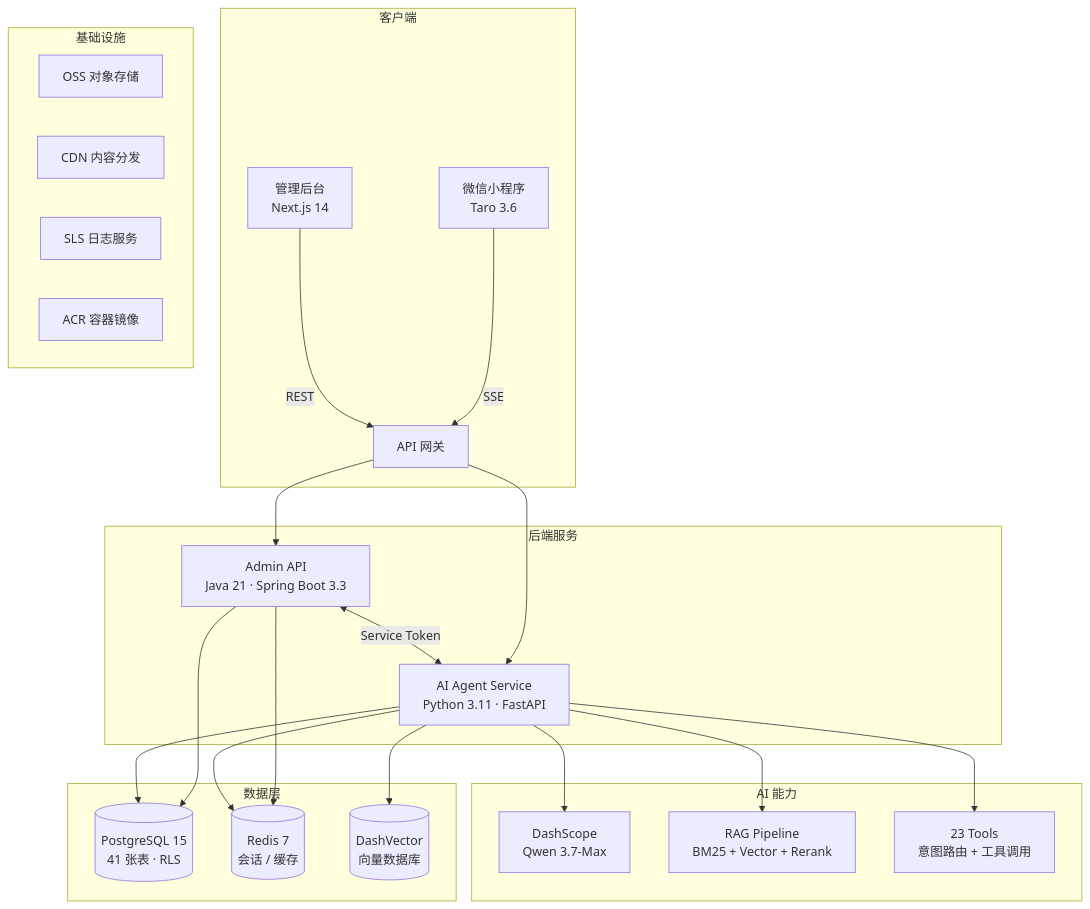
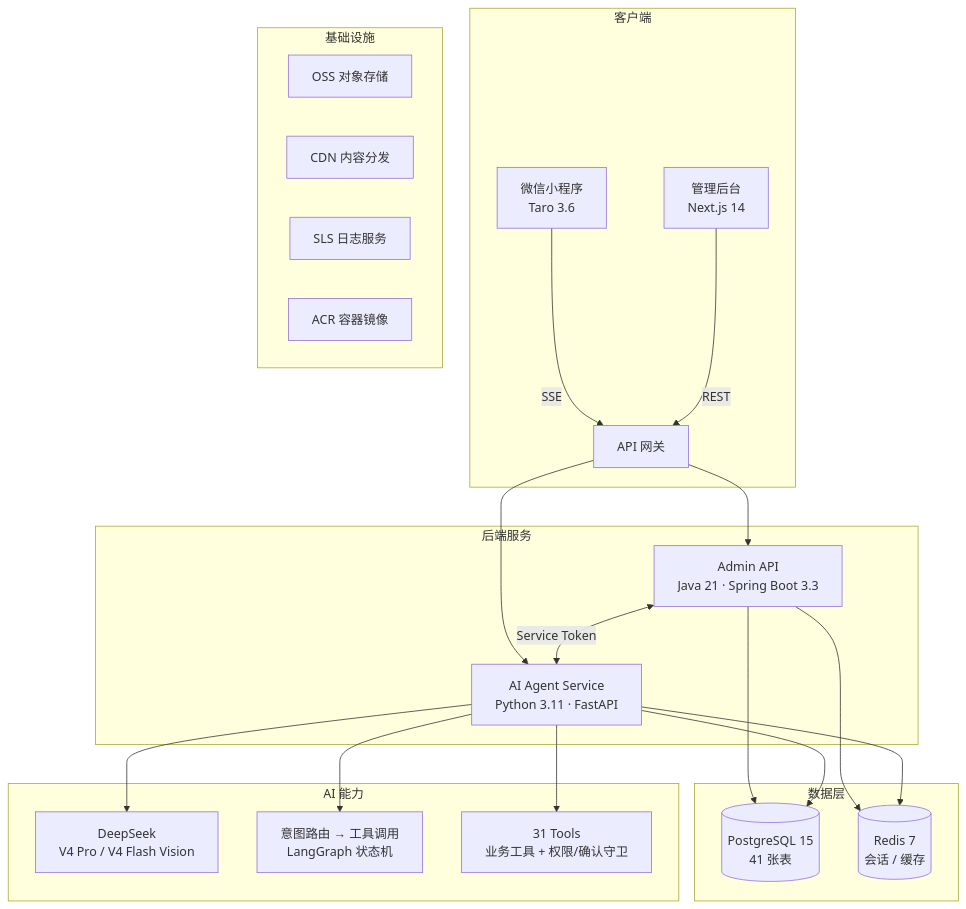
One commit to zhaokai-mgzn/migao changed the diagram in README.md. Above: the diagram before and after it, drawn with Mermaid. The commit also changed other lines of this file and 2 other files, not shown here.

````diff
--- a/README.md
+++ b/README.md
@@ -18,34 +22,33 @@
 ```mermaid
 graph TB
     subgraph 客户端
         A[微信小程序<br/>Taro 3.6] --> |SSE| GW[API 网关]
         B[管理后台<br/>Next.js 14] --> |REST| GW
     end
 
     subgraph 后端服务
         GW --> C[Admin API<br/>Java 21 · Spring Boot 3.3]
         GW --> D[AI Agent Service<br/>Python 3.11 · FastAPI]
         C <--> |Service Token| D
     end
 
     subgraph 数据层
-        C --> E[(PostgreSQL 15<br/>41 张表 · RLS)]
+        C --> E[(PostgreSQL 15<br/>41 张表)]
         C --> F[(Redis 7<br/>会话 / 缓存)]
         D --> E
         D --> F
-        D --> G[(DashVector<br/>向量数据库)]
     end
 
     subgraph AI 能力
-        D --> H[DashScope<br/>Qwen 3.7-Max]
-        D --> I[RAG Pipeline<br/>BM25 + Vector + Rerank]
-        D --> J[23 Tools<br/>意图路由 + 工具调用]
+        D --> H[DeepSeek<br/>V4 Pro / V4 Flash Vision]
+        D --> I[意图路由 → 工具调用<br/>LangGraph 状态机]
+        D --> J[31 Tools<br/>业务工具 + 权限/确认守卫]
     end
 
     subgraph 基础设施
         K[OSS 对象存储]
         L[CDN 内容分发]
         M[SLS 日志服务]
         N[ACR 容器镜像]
     end
 ```
````
